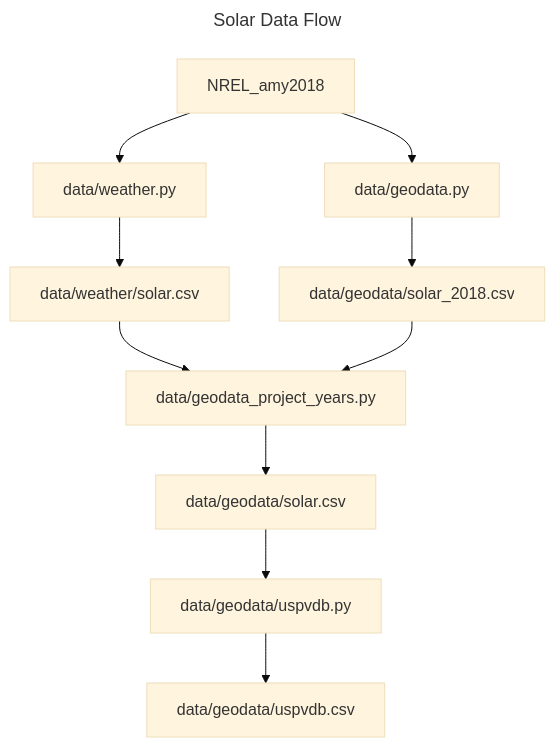
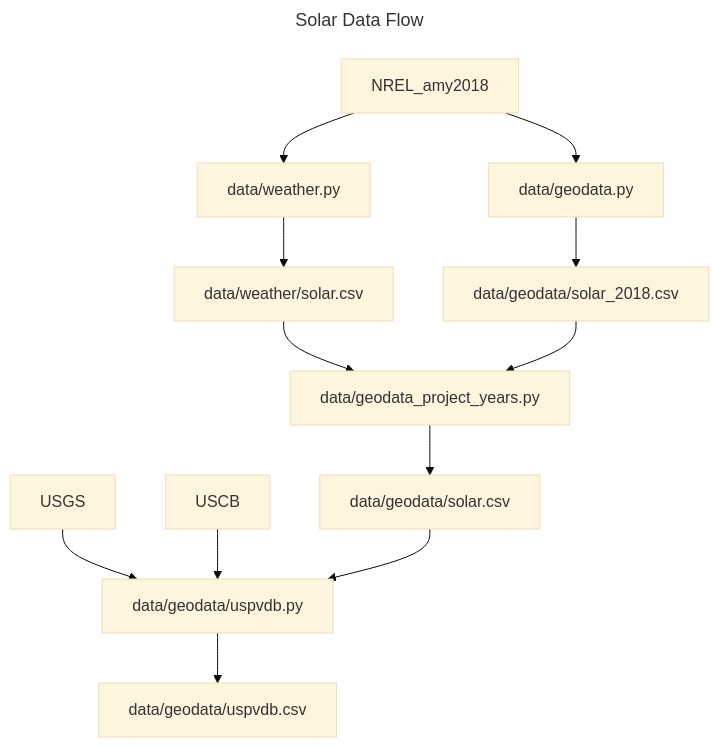
Before and after one commit to slacgismo/regrow: the second of 3 diagrams in data/README.md, drawn with Mermaid (base theme). The commit also changed other lines of this file, not shown here.

Commit message:
Update README with new data source mappings

````diff
--- a/data/README.md
+++ b/data/README.md
@@ -32,18 +32,20 @@
 ```mermaid
 ---
 title: Solar Data Flow
 ---
 graph TD
 
     NREL_amy2018 --> data/geodata.py
     data/geodata.py --> data/geodata/solar_2018.csv
 
     NREL_amy2018 --> data/weather.py
     data/weather.py --> data/weather/solar.csv
     data/weather/solar.csv --> data/geodata_project_years.py
     
     data/geodata/solar_2018.csv --> data/geodata_project_years.py
     data/geodata_project_years.py --> data/geodata/solar.csv
+	USGS --> data/geodata/uspvdb.py
+	USCB --> data/geodata/uspvdb.py
     data/geodata/solar.csv --> data/geodata/uspvdb.py
 	data/geodata/uspvdb.py --> data/geodata/uspvdb.csv
 ```
````
